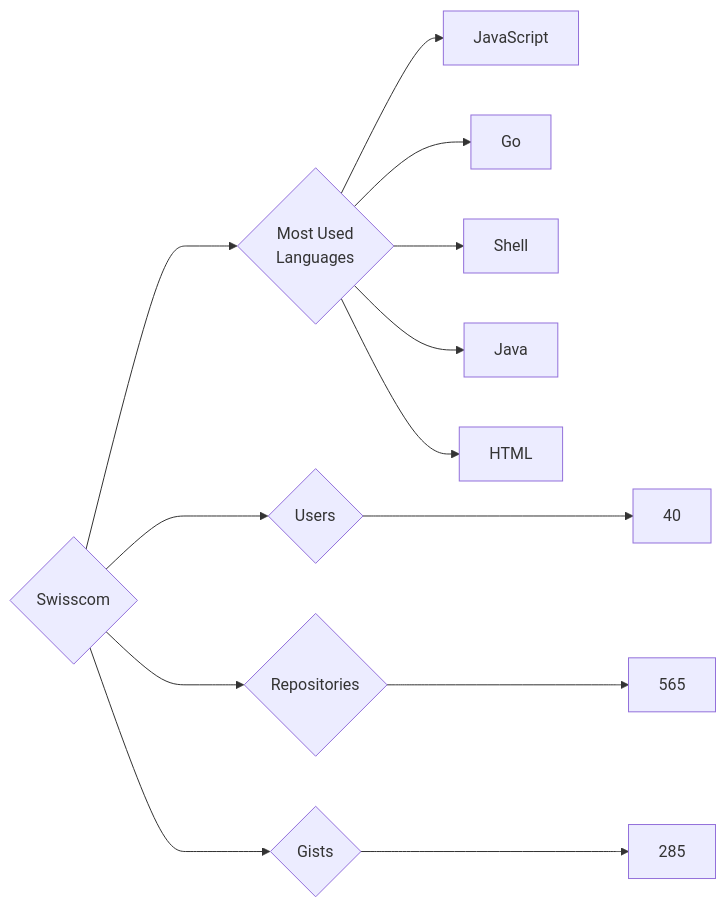
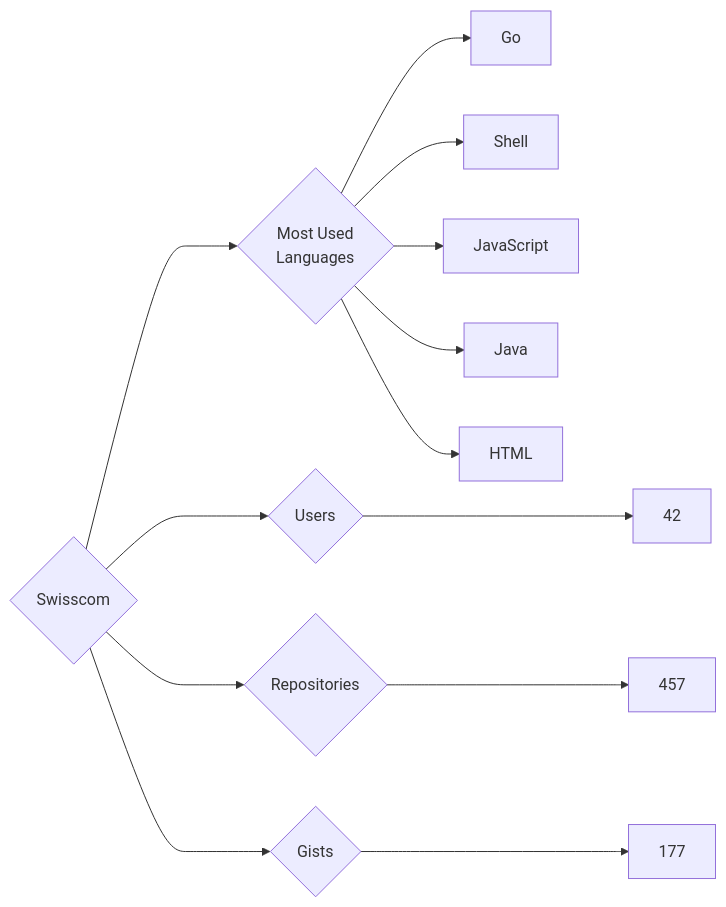
The diagram in targets/Swisscom/README.md (trickest/insiders), drawn with Mermaid before and after one commit. The commit also changed 965 other files, not shown here.

````diff
--- a/targets/Swisscom/README.md
+++ b/targets/Swisscom/README.md
@@ -3,13 +3,13 @@
 ```mermaid
 graph LR
 COMPANY_NAME{Swisscom}
-COMPANY_NAME ---> U{Users} ---> UN[40]
-COMPANY_NAME ---> R{Repositories} ---> RN[565]
-COMPANY_NAME ---> G{Gists} ---> GN[285]
+COMPANY_NAME ---> U{Users} ---> UN[42]
+COMPANY_NAME ---> R{Repositories} ---> RN[457]
+COMPANY_NAME ---> G{Gists} ---> GN[177]
 COMPANY_NAME ---> ML{Most Used<br>Languages}
-ML --> JavaScript[JavaScript]
 ML --> Go[Go]
 ML --> Shell[Shell]
+ML --> JavaScript[JavaScript]
 ML --> Java[Java]
 ML --> HTML[HTML]
 ```
````
